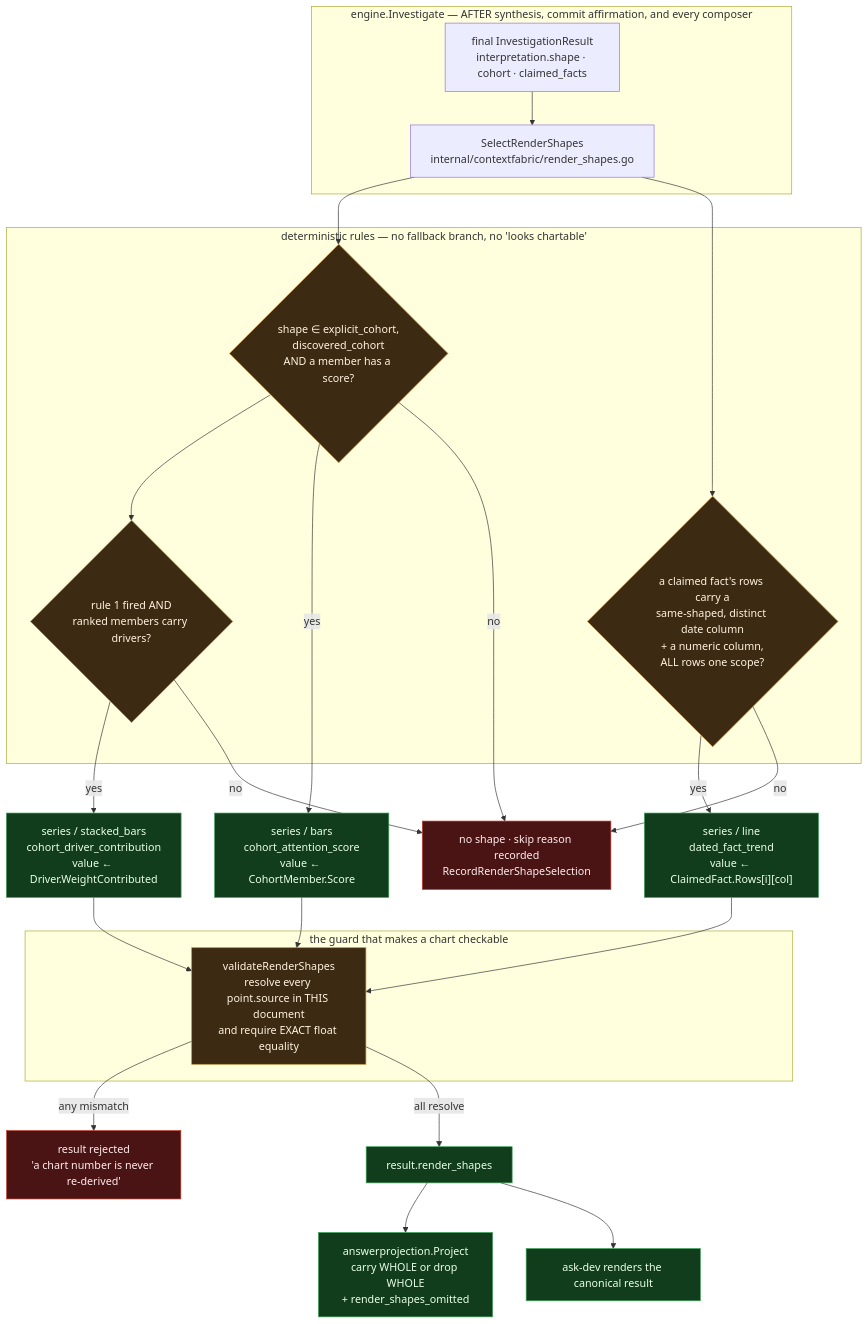
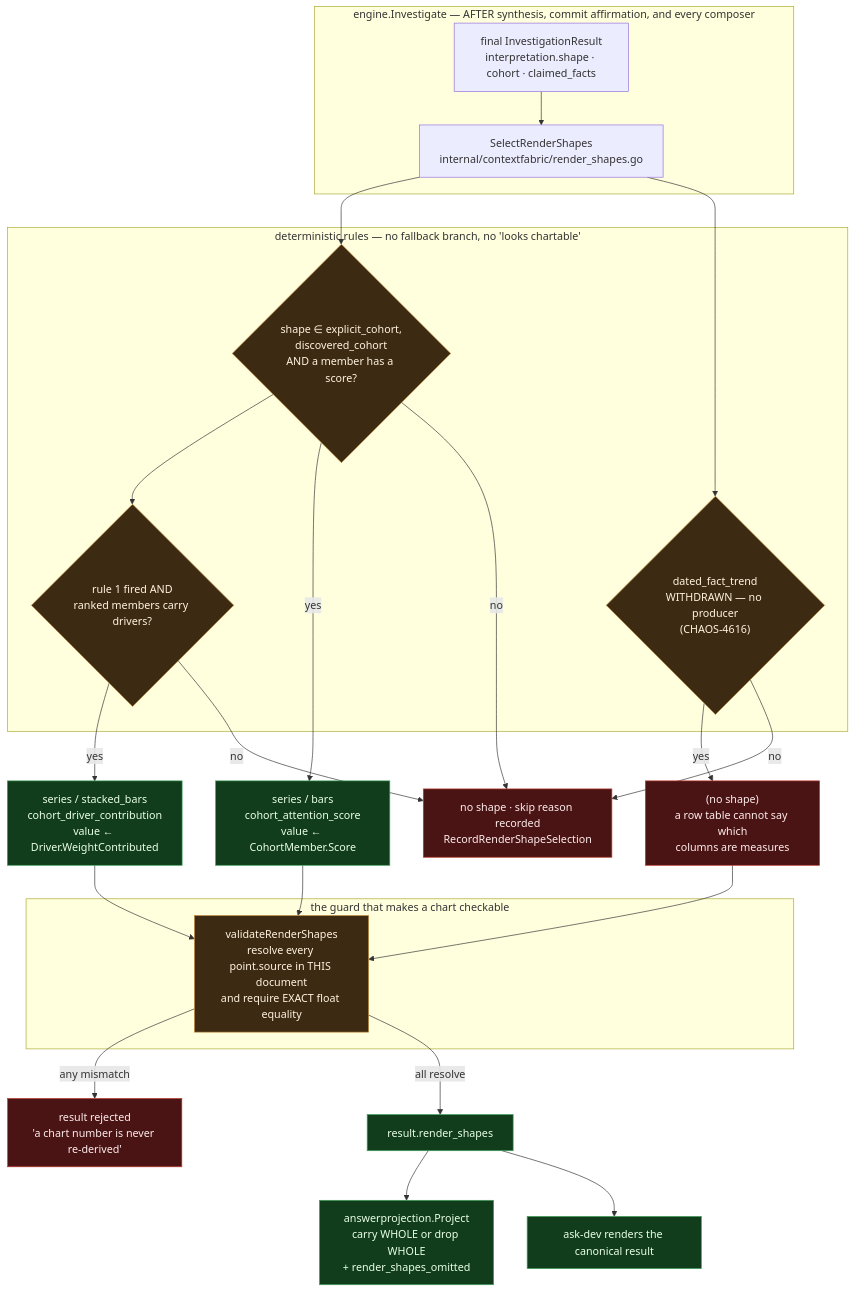
One commit to full-chaos/dev-health-acr changed diagram 11 of 11 in docs/design/context-fabric-architecture-diagrams.md. Above: the diagram before and after it, drawn with Mermaid. The commit also changed 7 other files, not shown here.

````diff
--- a/docs/design/context-fabric-architecture-diagrams.md
+++ b/docs/design/context-fabric-architecture-diagrams.md
@@ -1125,45 +1125,46 @@
 ```mermaid
 flowchart TD
     subgraph engine["engine.Investigate — AFTER synthesis, commit affirmation, and every composer"]
         RES["final InvestigationResult<br/>interpretation.shape · cohort · claimed_facts"]
         SEL["SelectRenderShapes<br/>internal/contextfabric/render_shapes.go"]
         RES --> SEL
     end
 
     subgraph rules["deterministic rules — no fallback branch, no 'looks chartable'"]
         R1{"shape ∈ explicit_cohort,<br/>discovered_cohort<br/>AND a member has a score?"}
         R2{"rule 1 fired AND<br/>ranked members carry drivers?"}
-        R3{"a claimed fact's rows carry a<br/>same-shaped, distinct date column<br/>+ a numeric column,<br/>ALL rows one scope?"}
+        R3{"dated_fact_trend<br/>WITHDRAWN — no producer<br/>(CHAOS-4616)"}
     end
     SEL --> R1 --> R2
     SEL --> R3
 
     S1["series / bars<br/>cohort_attention_score<br/>value ← CohortMember.Score"]
     S2["series / stacked_bars<br/>cohort_driver_contribution<br/>value ← Driver.WeightContributed"]
-    S3["series / line<br/>dated_fact_trend<br/>value ← ClaimedFact.Rows[i][col]"]
+    S3["(no shape)<br/>a row table cannot say which<br/>columns are measures"]
     R1 -->|yes| S1
     R2 -->|yes| S2
     R3 -->|yes| S3
     R1 -->|no| SKIP["no shape · skip reason recorded<br/>RecordRenderShapeSelection"]
     R2 -->|no| SKIP
     R3 -->|no| SKIP
 
     subgraph guard["the guard that makes a chart checkable"]
         VAL["validateRenderShapes<br/>resolve every point.source in THIS document<br/>and require EXACT float equality"]
     end
     S1 --> VAL
     S2 --> VAL
     S3 --> VAL
     VAL -->|any mismatch| REJ["result rejected<br/>'a chart number is never re-derived'"]
     VAL -->|all resolve| OUT["result.render_shapes"]
 
     OUT --> PROJ["answerprojection.Project<br/>carry WHOLE or drop WHOLE<br/>+ render_shapes_omitted"]
     OUT --> ASKDEV["ask-dev renders the canonical result"]
 
     classDef fixed fill:#123d1c,stroke:#3fa45b,color:#e8ffe8
     classDef gate fill:#3d2a12,stroke:#c08a3e,color:#fff3e0
     classDef bad fill:#4a1414,stroke:#c0392b,color:#ffecec
-    class S1,S2,S3,OUT,PROJ,ASKDEV fixed
+    class S1,S2,OUT,PROJ,ASKDEV fixed
+    class S3 bad
     class R1,R2,R3,VAL gate
     class REJ,SKIP bad
 ```
````
